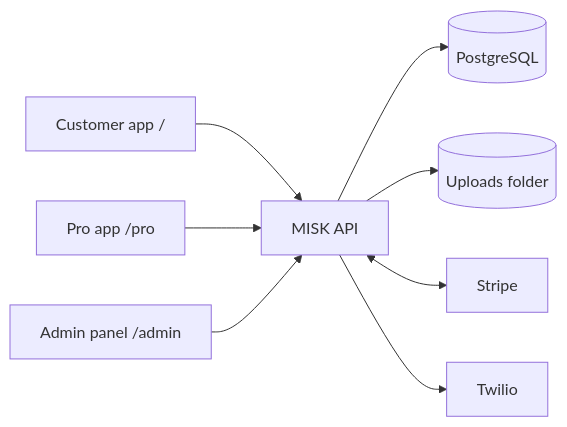
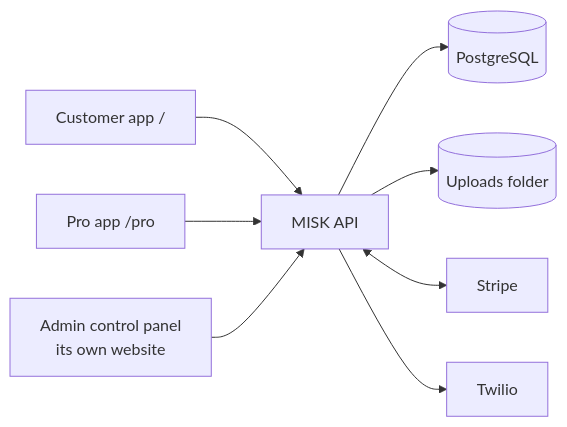
The first of 2 diagrams in README.md (etnik-kelmendi/MISK), drawn with Mermaid before and after one commit. The commit also changed other lines of this file and 25 other files, not shown here.

First line of the commit message:
feat: Admin control panel as its own website

````diff
--- a/README.md
+++ b/README.md
@@ -14,10 +14,10 @@
 ```mermaid
 flowchart LR
     C["Customer app /"] --> API
     P["Pro app /pro"] --> API
-    A["Admin panel /admin"] --> API
+    A["Admin control panel<br/>its own website"] --> API
     API["MISK API"] --> DB[("PostgreSQL")]
     API --> FS[("Uploads folder")]
     API <--> ST["Stripe"]
     API --> SMS["Twilio"]
 ```
````
